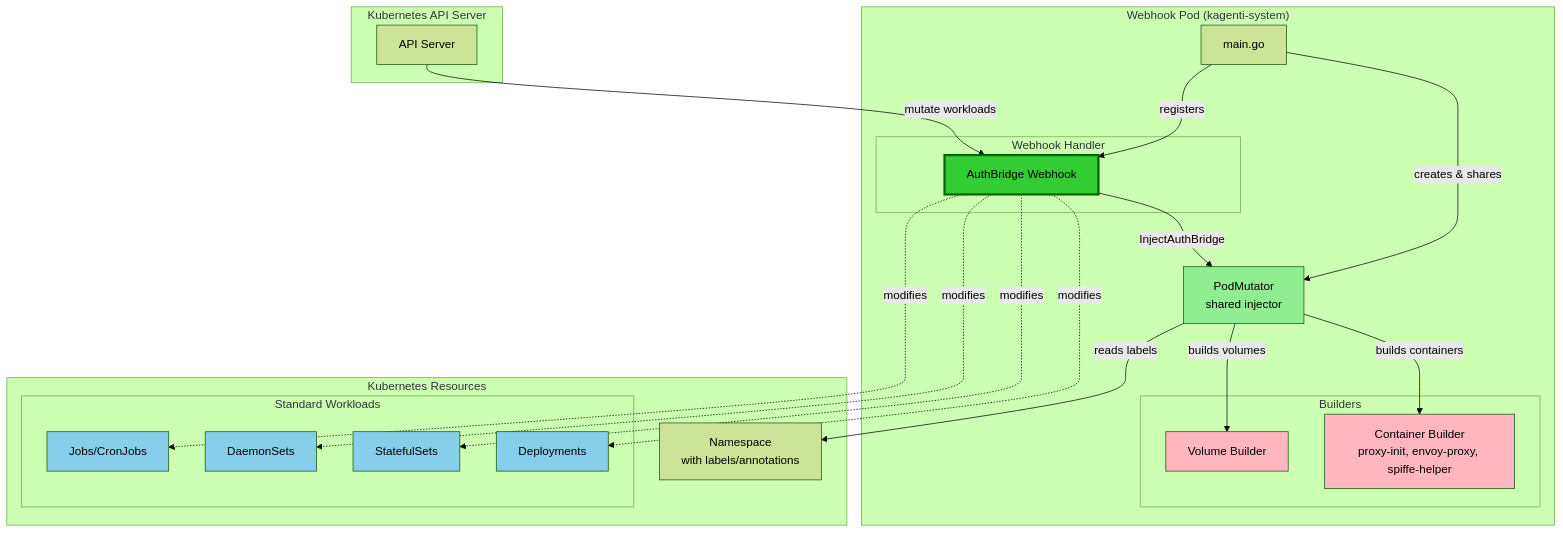
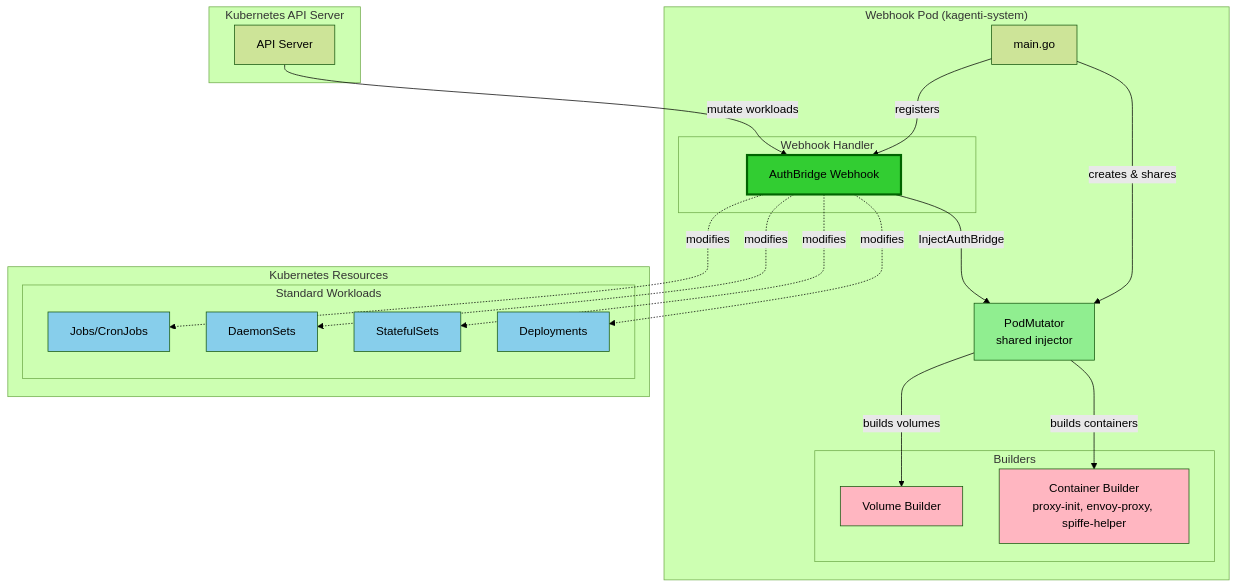
The first of 4 diagrams in kagenti-webhook/ARCHITECTURE.md (cwiklik/kagenti-extensions), drawn with Mermaid (forest theme) before and after one commit. The commit also changed other lines of this file and 6 other files, not shown here.

````diff
--- a/kagenti-webhook/ARCHITECTURE.md
+++ b/kagenti-webhook/ARCHITECTURE.md
@@ -7,56 +7,53 @@
 ```mermaid
 graph TB
     subgraph "Kubernetes API Server"
         API[API Server]
     end
 
     subgraph "Webhook Pod (kagenti-system)"
         MAIN[main.go]
         MUTATOR[PodMutator<br/>shared injector]
 
         subgraph "Webhook Handler"
             AUTH[AuthBridge Webhook]
         end
 
         subgraph "Builders"
             CONT[Container Builder<br/>proxy-init, envoy-proxy, spiffe-helper]
             VOL[Volume Builder]
         end
     end
 
     subgraph "Kubernetes Resources"
         subgraph "Standard Workloads"
             DEPLOY[Deployments]
             STS[StatefulSets]
             DS[DaemonSets]
             JOB[Jobs/CronJobs]
         end
-
-        NAMESPACE[Namespace<br/>with labels/annotations]
     end
 
     API -->|mutate workloads| AUTH
 
     MAIN -->|creates & shares| MUTATOR
     MAIN -->|registers| AUTH
 
     AUTH -->|InjectAuthBridge| MUTATOR
 
     MUTATOR -->|builds containers| CONT
     MUTATOR -->|builds volumes| VOL
-    MUTATOR -->|reads labels| NAMESPACE
 
     AUTH -.->|modifies| DEPLOY
     AUTH -.->|modifies| STS
     AUTH -.->|modifies| DS
     AUTH -.->|modifies| JOB
 
     style MUTATOR fill:#90EE90
     style AUTH fill:#32CD32,stroke:#006400,stroke-width:3px
     style CONT fill:#FFB6C1
     style VOL fill:#FFB6C1
     style DEPLOY fill:#87CEEB
     style STS fill:#87CEEB
     style DS fill:#87CEEB
     style JOB fill:#87CEEB
 ```
````
